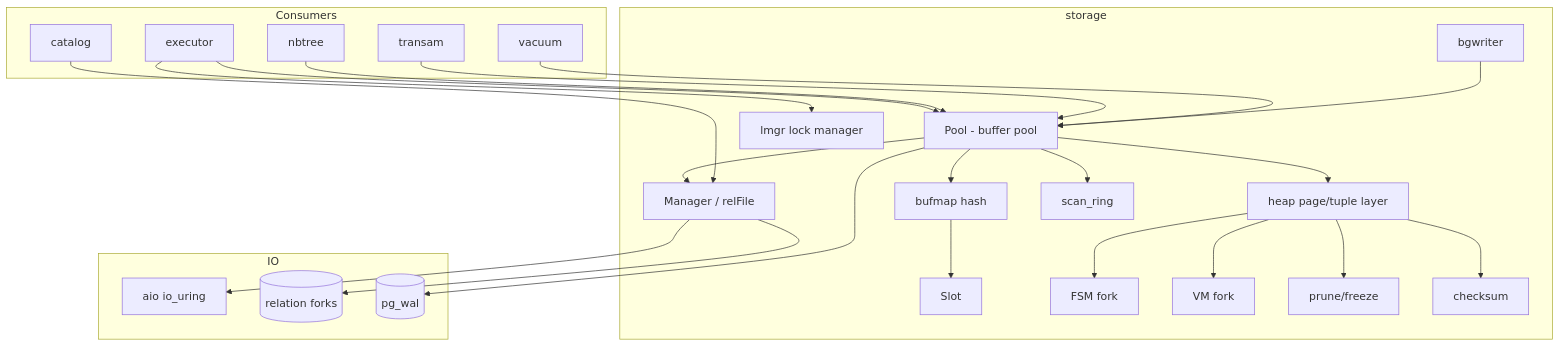
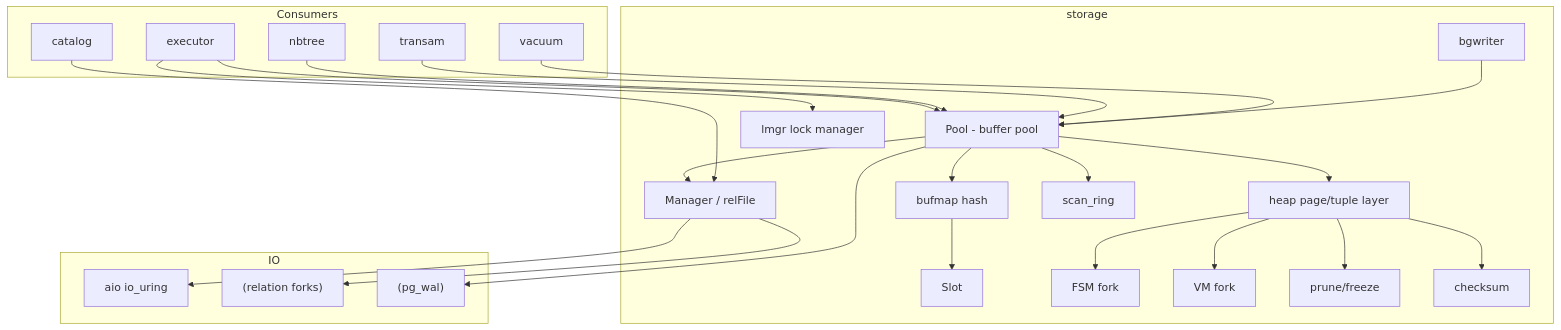
Before and after one commit to ryogrid/goopg: the first of 7 diagrams in docs/wiki/modules/storage.md, drawn with Mermaid. The commit also changed other lines of this file and 26 other files, not shown here.

Commit message:
docs(wiki): fix all 26 mermaid parse errors — 139/139 blocks pass real-browser validation — M-NIGHTLY

````diff
--- a/docs/wiki/modules/storage.md
+++ b/docs/wiki/modules/storage.md
@@ -10,45 +10,45 @@
 ```mermaid
 flowchart TD
     subgraph Consumers
         EXEC[executor]
         NB[nbtree]
         TA[transam]
         VAC[vacuum]
         CAT[catalog]
     end
     subgraph storage
         POOL[Pool - buffer pool]
         BUFMAP[bufmap hash]
         SLOT[Slot]
         SMGR[Manager / relFile]
         HEAP[heap page/tuple layer]
         FSM[FSM fork]
         VM[VM fork]
         PRUNE[prune/freeze]
         CHK[checksum]
         LM[lmgr lock manager]
         BG[bgwriter]
         SCAN[scan_ring]
     end
     subgraph IO
         AIO[aio io_uring]
-        FILE[(relation forks)]
-        WAL[(pg_wal)]
+        FILE["(relation forks)"]
+        WAL["(pg_wal)"]
     end
     EXEC --> POOL --> BUFMAP --> SLOT
     POOL --> SMGR --> FILE
     SMGR --> AIO
     POOL --> HEAP
     HEAP --> FSM
     HEAP --> VM
     HEAP --> PRUNE
     HEAP --> CHK
     EXEC --> LM
     POOL --> WAL
     NB --> POOL
     TA --> POOL
     VAC --> POOL
     CAT --> SMGR
     BG --> POOL
     POOL --> SCAN
 ```
````
